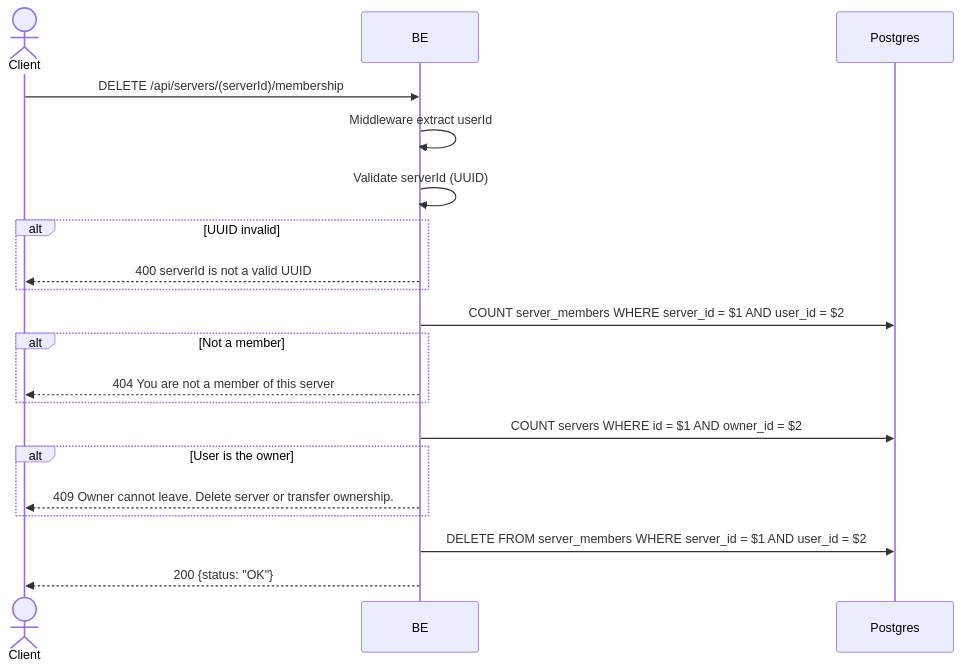
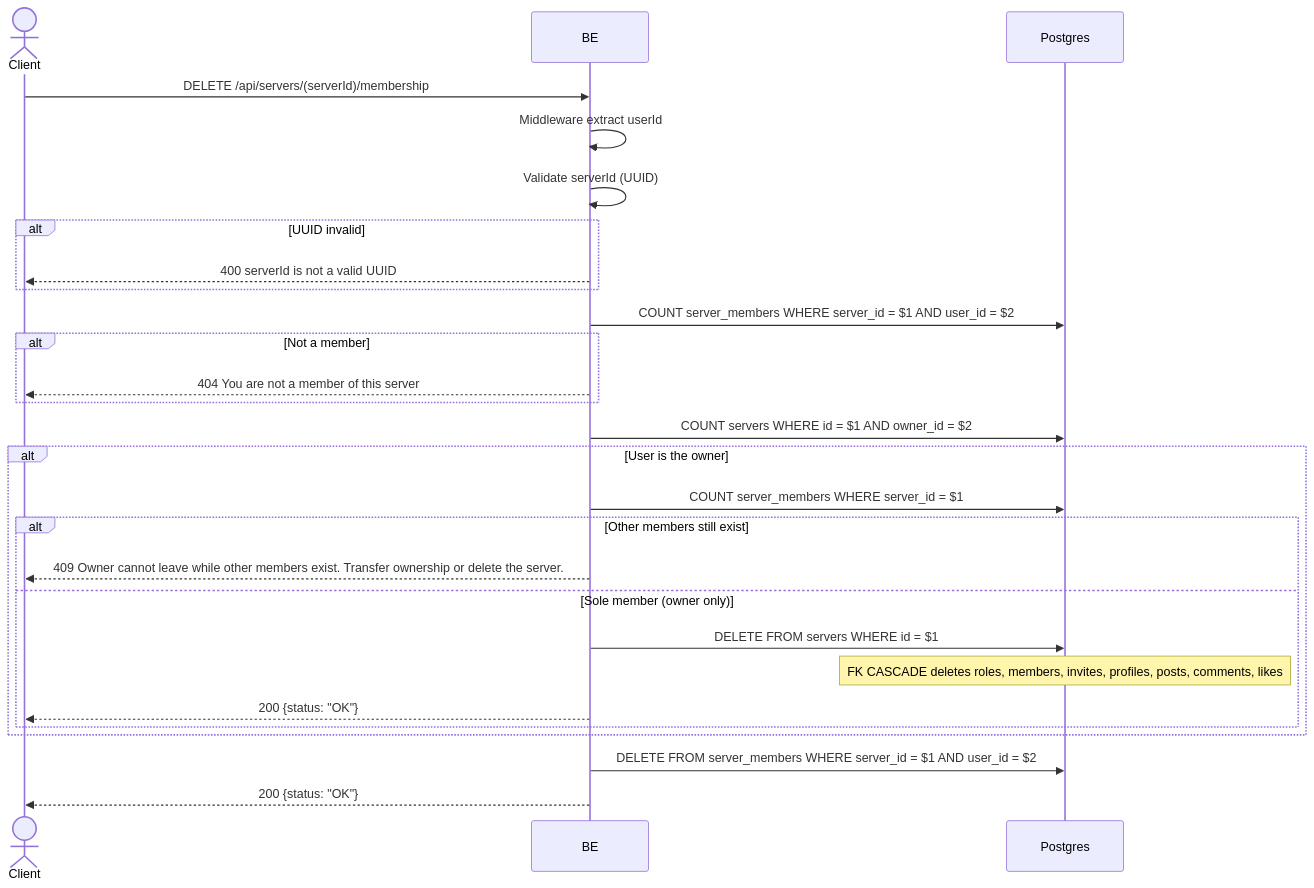
One commit to ferdian3456/virdanproject changed the diagram in docs/flows/en/leave_server.md. Above: the diagram before and after it, drawn with Mermaid. The commit also changed other lines of this file and 67 other files, not shown here.

First line of the commit message:
Audit and fix API flow docs; add missing Payment/Chat documentation (#42)

````diff
--- a/docs/flows/en/leave_server.md
+++ b/docs/flows/en/leave_server.md
@@ -13,23 +13,30 @@
 ```mermaid
 sequenceDiagram
     actor Client
     participant BE
     participant Postgres
 
     Client->>BE: DELETE /api/servers/(serverId)/membership
     BE->>BE: Middleware extract userId
     BE->>BE: Validate serverId (UUID)
     alt UUID invalid
         BE-->>Client: 400 serverId is not a valid UUID
     end
     BE->>Postgres: COUNT server_members WHERE server_id = $1 AND user_id = $2
     alt Not a member
         BE-->>Client: 404 You are not a member of this server
     end
     BE->>Postgres: COUNT servers WHERE id = $1 AND owner_id = $2
     alt User is the owner
-        BE-->>Client: 409 Owner cannot leave. Delete server or transfer ownership.
+        BE->>Postgres: COUNT server_members WHERE server_id = $1
+        alt Other members still exist
+            BE-->>Client: 409 Owner cannot leave while other members exist. Transfer ownership or delete the server.
+        else Sole member (owner only)
+            BE->>Postgres: DELETE FROM servers WHERE id = $1
+            note over Postgres: FK CASCADE deletes roles, members, invites, profiles, posts, comments, likes
+            BE-->>Client: 200 {status: "OK"}
+        end
     end
     BE->>Postgres: DELETE FROM server_members WHERE server_id = $1 AND user_id = $2
     BE-->>Client: 200 {status: "OK"}
 ```
````
